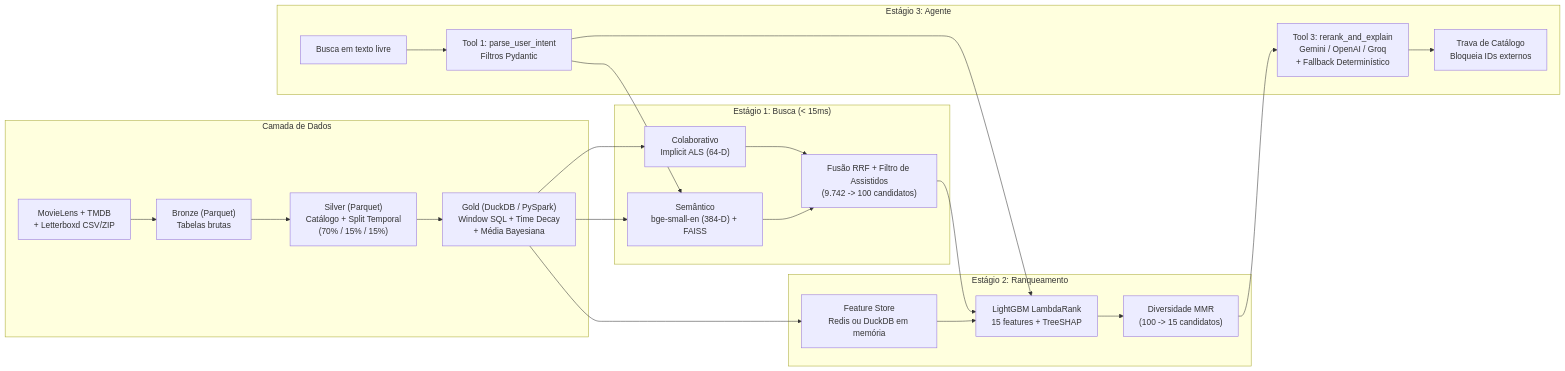
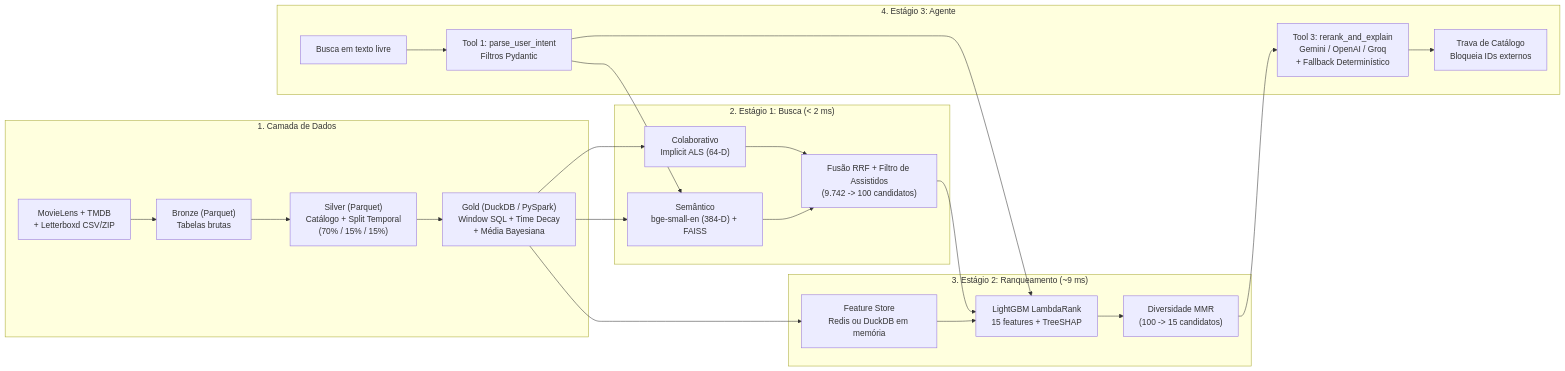
Before and after one commit to Lealwbs/kinorank: the diagram in README.md, drawn with Mermaid. The commit also changed other lines of this file and 1 other file, not shown here.

````diff
--- a/README.md
+++ b/README.md
@@ -55,30 +66,30 @@
 ```mermaid
 flowchart LR
-    subgraph Dados["Camada de Dados"]
+    subgraph Dados["1. Camada de Dados"]
         RAW["MovieLens + TMDB\n+ Letterboxd CSV/ZIP"] --> BRONZE["Bronze (Parquet)\nTabelas brutas"]
         BRONZE --> SILVER["Silver (Parquet)\nCatálogo + Split Temporal\n(70% / 15% / 15%)"]
         SILVER --> GOLD["Gold (DuckDB / PySpark)\nWindow SQL + Time Decay\n+ Média Bayesiana"]
     end
 
-    subgraph Estagio1["Estágio 1: Busca (< 15ms)"]
+    subgraph Estagio1["2. Estágio 1: Busca (< 2 ms)"]
         GOLD --> ALS["Colaborativo\nImplicit ALS (64-D)"]
         GOLD --> FAISS["Semântico\nbge-small-en (384-D) + FAISS"]
         ALS --> RRF["Fusão RRF + Filtro de Assistidos\n(9.742 -> 100 candidatos)"]
         FAISS --> RRF
     end
 
-    subgraph Estagio2["Estágio 2: Ranqueamento"]
+    subgraph Estagio2["3. Estágio 2: Ranqueamento (~9 ms)"]
         GOLD --> FS["Feature Store\nRedis ou DuckDB em memória"]
         RRF --> LGBM["LightGBM LambdaRank\n15 features + TreeSHAP"]
         FS --> LGBM
         LGBM --> MMR["Diversidade MMR\n(100 -> 15 candidatos)"]
     end
 
-    subgraph Estagio3["Estágio 3: Agente"]
+    subgraph Estagio3["4. Estágio 3: Agente"]
         QUERY["Busca em texto livre"] --> T1["Tool 1: parse_user_intent\nFiltros Pydantic"]
         T1 --> FAISS
         T1 --> LGBM
         MMR --> T3["Tool 3: rerank_and_explain\nGemini / OpenAI / Groq\n+ Fallback Determinístico"]
         T3 --> GUARD["Trava de Catálogo\nBloqueia IDs externos"]
     end
 ```
````
